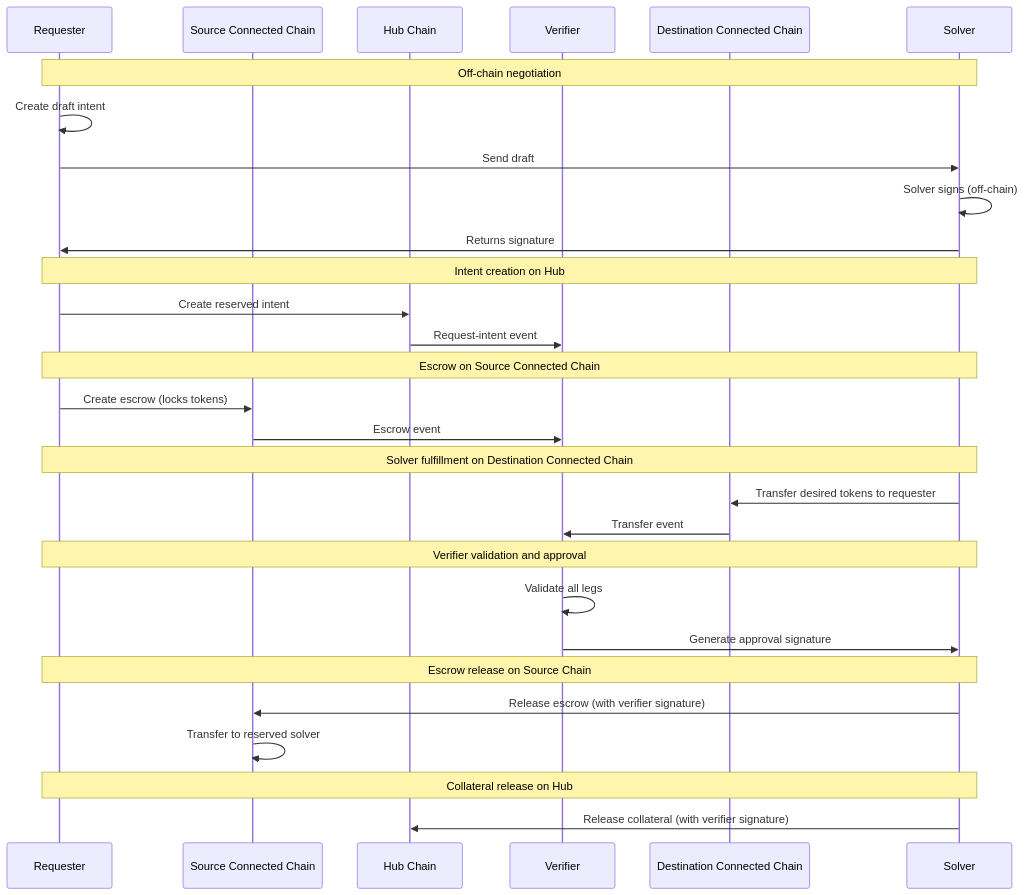
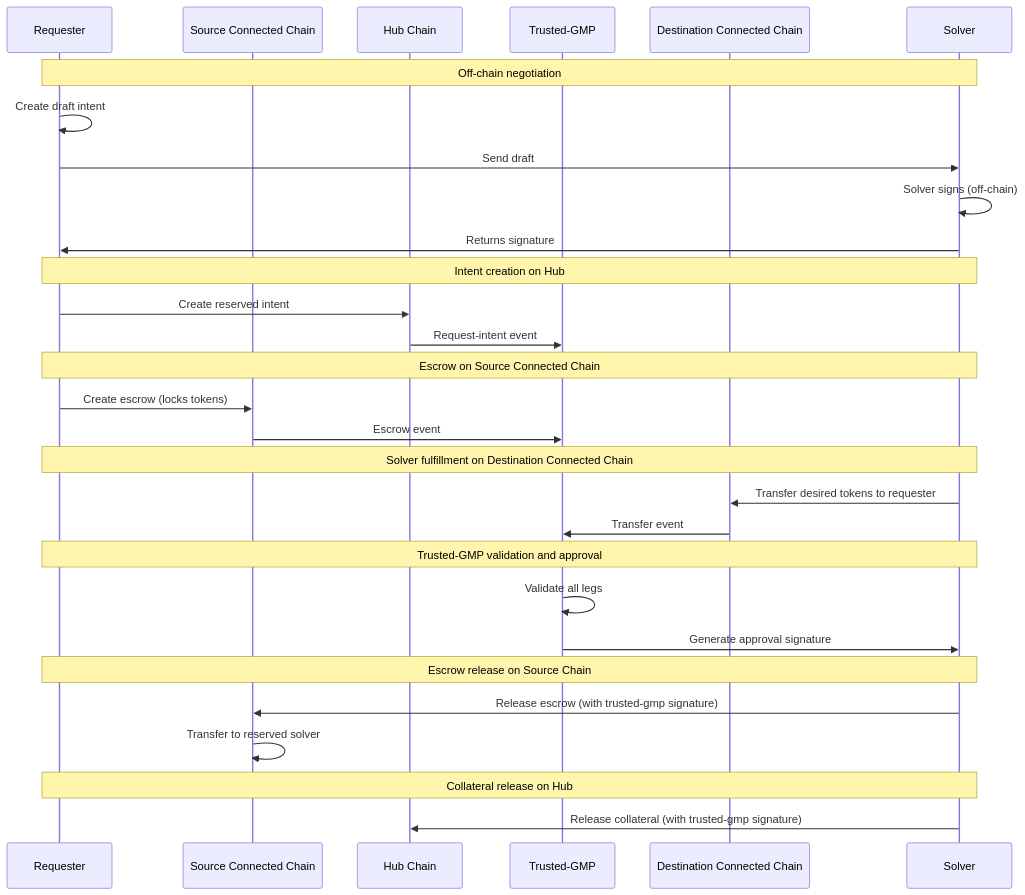
Before and after one commit to MoveIndustries/int3nts: the diagram in docs/architecture/conception/conception_routerflow.md, drawn with Mermaid. The commit also changed other lines of this file and 20 other files, not shown here.

First line of the commit message:
Rename solver verifier_client to coordinator_gmp_client

````diff
--- a/docs/architecture/conception/conception_routerflow.md
+++ b/docs/architecture/conception/conception_routerflow.md
@@ -15,38 +15,38 @@
 ```mermaid
 sequenceDiagram
     participant Requester
     participant SourceChain as Source Connected Chain
     participant Hub as Hub Chain
-    participant Verifier
+    participant TrustedGMP as Trusted-GMP
     participant DestChain as Destination Connected Chain
     participant Solver
 
     Note over Requester,Solver: Off-chain negotiation
     Requester->>Requester: Create draft intent
     Requester->>Solver: Send draft
     Solver->>Solver: Solver signs (off-chain)
     Solver->>Requester: Returns signature
 
     Note over Requester,Solver: Intent creation on Hub
     Requester->>Hub: Create reserved intent
-    Hub->>Verifier: Request-intent event
+    Hub->>TrustedGMP: Request-intent event
 
     Note over Requester,Solver: Escrow on Source Connected Chain
     Requester->>SourceChain: Create escrow (locks tokens)
-    SourceChain->>Verifier: Escrow event
+    SourceChain->>TrustedGMP: Escrow event
 
     Note over Requester,Solver: Solver fulfillment on Destination Connected Chain
     Solver->>DestChain: Transfer desired tokens to requester
-    DestChain->>Verifier: Transfer event
+    DestChain->>TrustedGMP: Transfer event
 
-    Note over Requester,Solver: Verifier validation and approval
-    Verifier->>Verifier: Validate all legs
-    Verifier->>Solver: Generate approval signature
+    Note over Requester,Solver: Trusted-GMP validation and approval
+    TrustedGMP->>TrustedGMP: Validate all legs
+    TrustedGMP->>Solver: Generate approval signature
 
     Note over Requester,Solver: Escrow release on Source Chain
-    Solver->>SourceChain: Release escrow (with verifier signature)
+    Solver->>SourceChain: Release escrow (with trusted-gmp signature)
     SourceChain->>SourceChain: Transfer to reserved solver
 
     Note over Requester,Solver: Collateral release on Hub
-    Solver->>Hub: Release collateral (with verifier signature)
+    Solver->>Hub: Release collateral (with trusted-gmp signature)
 ```
````
